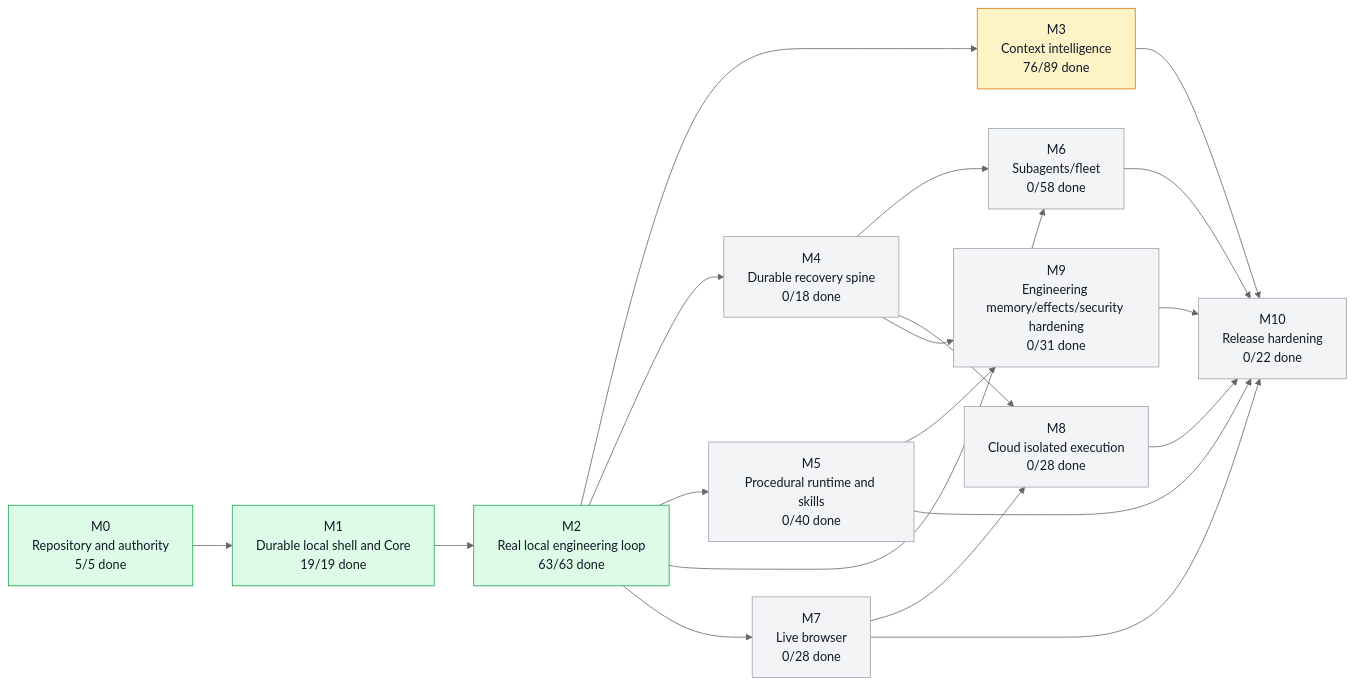
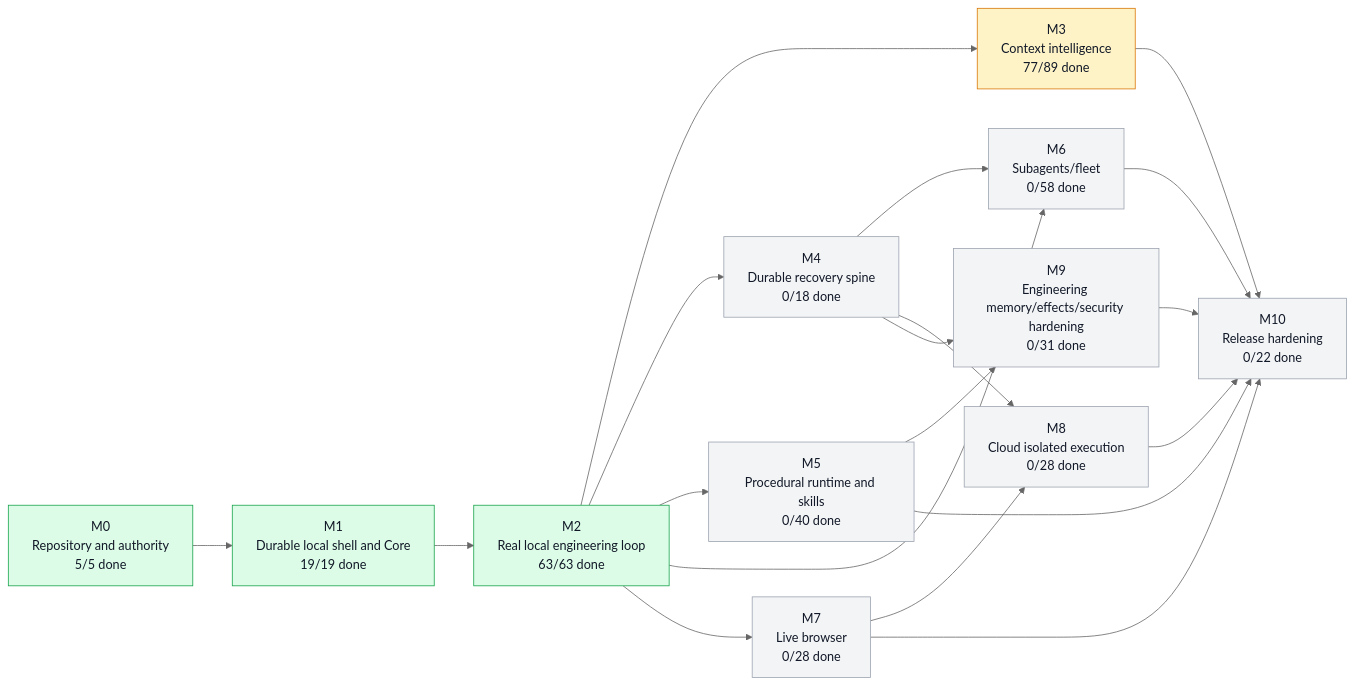
One commit to moss101/modbit changed the first of 5 diagrams in graph/PROJECT_GRAPH.md. Above: the diagram before and after it, drawn with Mermaid (neutral theme). The commit also changed other lines of this file and 6 other files, not shown here.

````diff
--- a/graph/PROJECT_GRAPH.md
+++ b/graph/PROJECT_GRAPH.md
@@ -57,43 +57,43 @@
 ```mermaid
 flowchart LR
   M0["M0<br/>Repository and authority<br/>5/5 done"]
   M1["M1<br/>Durable local shell and Core<br/>19/19 done"]
   M2["M2<br/>Real local engineering loop<br/>63/63 done"]
-  M3["M3<br/>Context intelligence<br/>76/89 done"]
+  M3["M3<br/>Context intelligence<br/>77/89 done"]
   M4["M4<br/>Durable recovery spine<br/>0/18 done"]
   M5["M5<br/>Procedural runtime and skills<br/>0/40 done"]
   M6["M6<br/>Subagents/fleet<br/>0/58 done"]
   M7["M7<br/>Live browser<br/>0/28 done"]
   M8["M8<br/>Cloud isolated execution<br/>0/28 done"]
   M9["M9<br/>Engineering memory/effects/security hardening<br/>0/31 done"]
   M10["M10<br/>Release hardening<br/>0/22 done"]
   M0 --> M1
   M1 --> M2
   M2 --> M3
   M2 --> M4
   M2 --> M5
   M2 --> M6
   M4 --> M6
   M2 --> M7
   M4 --> M8
   M7 --> M8
   M4 --> M9
   M5 --> M9
   M3 --> M10
   M5 --> M10
   M6 --> M10
   M7 --> M10
   M8 --> M10
   M9 --> M10
   style M0 fill:#dcfce7,stroke:#16a34a,color:#111827
   style M1 fill:#dcfce7,stroke:#16a34a,color:#111827
   style M2 fill:#dcfce7,stroke:#16a34a,color:#111827
   style M3 fill:#fef3c7,stroke:#d97706,color:#111827
   style M4 fill:#f3f4f6,stroke:#9ca3af,color:#111827
   style M5 fill:#f3f4f6,stroke:#9ca3af,color:#111827
   style M6 fill:#f3f4f6,stroke:#9ca3af,color:#111827
   style M7 fill:#f3f4f6,stroke:#9ca3af,color:#111827
   style M8 fill:#f3f4f6,stroke:#9ca3af,color:#111827
   style M9 fill:#f3f4f6,stroke:#9ca3af,color:#111827
   style M10 fill:#f3f4f6,stroke:#9ca3af,color:#111827
 ```
````
